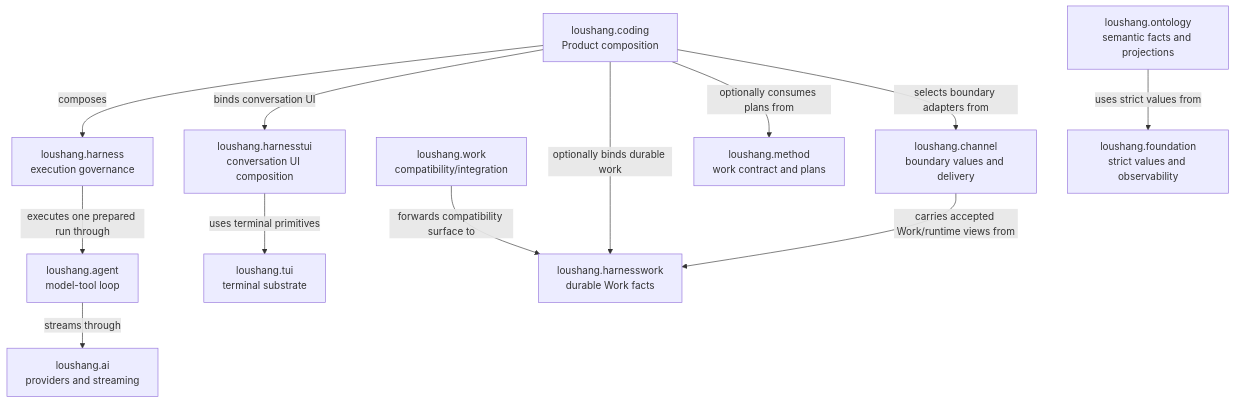
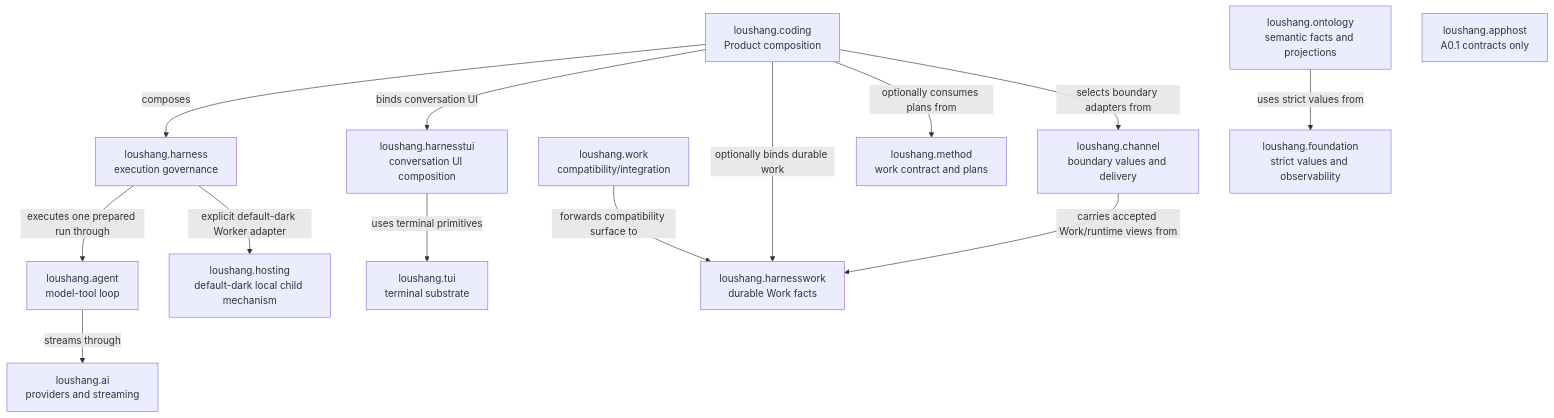
One commit to zhnt/loushang changed the first of 2 diagrams in docs/internals/architecture/subsystem-diagram.md. Above: the diagram before and after it, drawn with Mermaid. The commit also changed other lines of this file and 28 other files, not shown here.

````diff
--- a/docs/internals/architecture/subsystem-diagram.md
+++ b/docs/internals/architecture/subsystem-diagram.md
@@ -23,30 +23,33 @@
 ```mermaid
 flowchart TD
     CODING["loushang.coding\nProduct composition"]
     HARNESS["loushang.harness\nexecution governance"]
     AGENT["loushang.agent\nmodel-tool loop"]
     AI["loushang.ai\nproviders and streaming"]
     HTUI["loushang.harnesstui\nconversation UI composition"]
     TUI["loushang.tui\nterminal substrate"]
     HWORK["loushang.harnesswork\ndurable Work facts"]
     WORK["loushang.work\ncompatibility/integration"]
     METHOD["loushang.method\nwork contract and plans"]
     CHANNEL["loushang.channel\nboundary values and delivery"]
     ONTOLOGY["loushang.ontology\nsemantic facts and projections"]
     FOUNDATION["loushang.foundation\nstrict values and observability"]
+    HOSTING["loushang.hosting\ndefault-dark local child mechanism"]
+    APPHOST["loushang.apphost\nA0.1 contracts only"]
 
     CODING -->|composes| HARNESS
     HARNESS -->|executes one prepared run through| AGENT
     AGENT -->|streams through| AI
 
     CODING -->|binds conversation UI| HTUI
     HTUI -->|uses terminal primitives| TUI
 
     CODING -->|optionally binds durable work| HWORK
     WORK -->|forwards compatibility surface to| HWORK
     CODING -->|optionally consumes plans from| METHOD
     CODING -->|selects boundary adapters from| CHANNEL
     CHANNEL -->|carries accepted Work/runtime views from| HWORK
 
     ONTOLOGY -->|uses strict values from| FOUNDATION
+    HARNESS -->|explicit default-dark Worker adapter| HOSTING
 ```
````
